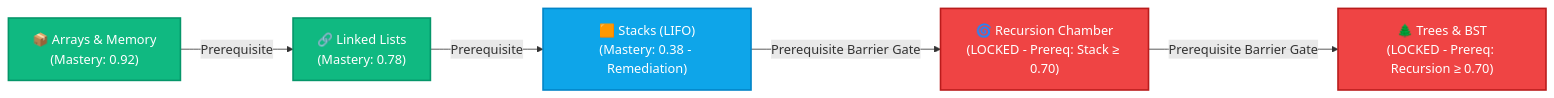
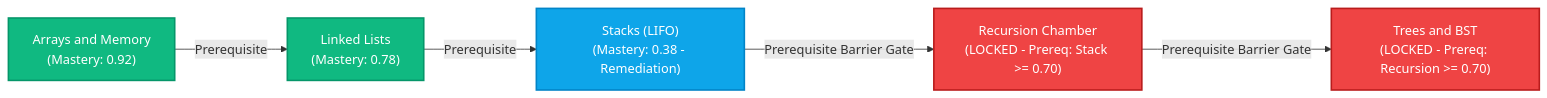
One commit to Abhiman12406/LearniVerse-AI changed the third of 3 diagrams in README.md. Above: the diagram before and after it, drawn with Mermaid. The commit also changed other lines of this file, not shown here.

Commit message:
docs(readme): fix Mermaid diagram syntax and SVG rendering issues for GitHub

````diff
--- a/README.md
+++ b/README.md
@@ -218,17 +215,17 @@
 ```mermaid
-graph LR
+flowchart LR
     classDef mastered fill:#10b981,stroke:#059669,stroke-width:2px,color:#fff;
     classDef active fill:#0ea5e9,stroke:#0284c7,stroke-width:2px,color:#fff;
     classDef locked fill:#ef4444,stroke:#b91c1c,stroke-width:2px,color:#fff;
 
-    Arrays["📦 Arrays & Memory<br/>(Mastery: 0.92)"]:::mastered
-    LinkedList["🔗 Linked Lists<br/>(Mastery: 0.78)"]:::mastered
-    Stacks["🟧 Stacks (LIFO)<br/>(Mastery: 0.38 - Remediation)"]:::active
-    Recursion["🌀 Recursion Chamber<br/>(LOCKED - Prereq: Stack ≥ 0.70)"]:::locked
-    Trees["🌲 Trees & BST<br/>(LOCKED - Prereq: Recursion ≥ 0.70)"]:::locked
+    Arrays["Arrays and Memory<br>(Mastery: 0.92)"]:::mastered
+    LinkedList["Linked Lists<br>(Mastery: 0.78)"]:::mastered
+    Stacks["Stacks (LIFO)<br>(Mastery: 0.38 - Remediation)"]:::active
+    Recursion["Recursion Chamber<br>(LOCKED - Prereq: Stack >= 0.70)"]:::locked
+    Trees["Trees and BST<br>(LOCKED - Prereq: Recursion >= 0.70)"]:::locked
 
-    Arrays -->|"Prerequisite"| LinkedList
-    LinkedList -->|"Prerequisite"| Stacks
-    Stacks -->|"Prerequisite Barrier Gate"| Recursion
-    Recursion -->|"Prerequisite Barrier Gate"| Trees
+    Arrays -->|Prerequisite| LinkedList
+    LinkedList -->|Prerequisite| Stacks
+    Stacks -->|Prerequisite Barrier Gate| Recursion
+    Recursion -->|Prerequisite Barrier Gate| Trees
 ```
````
